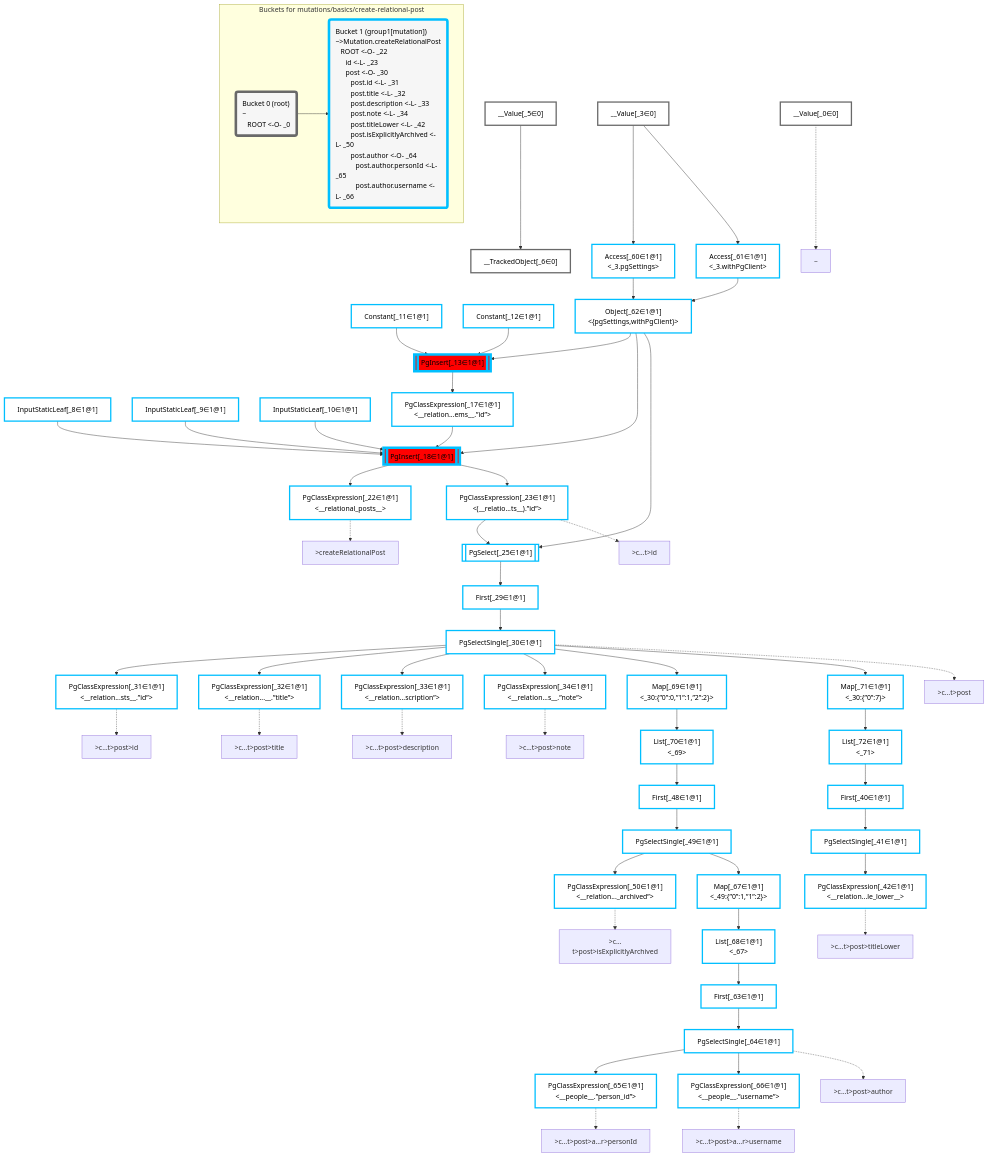
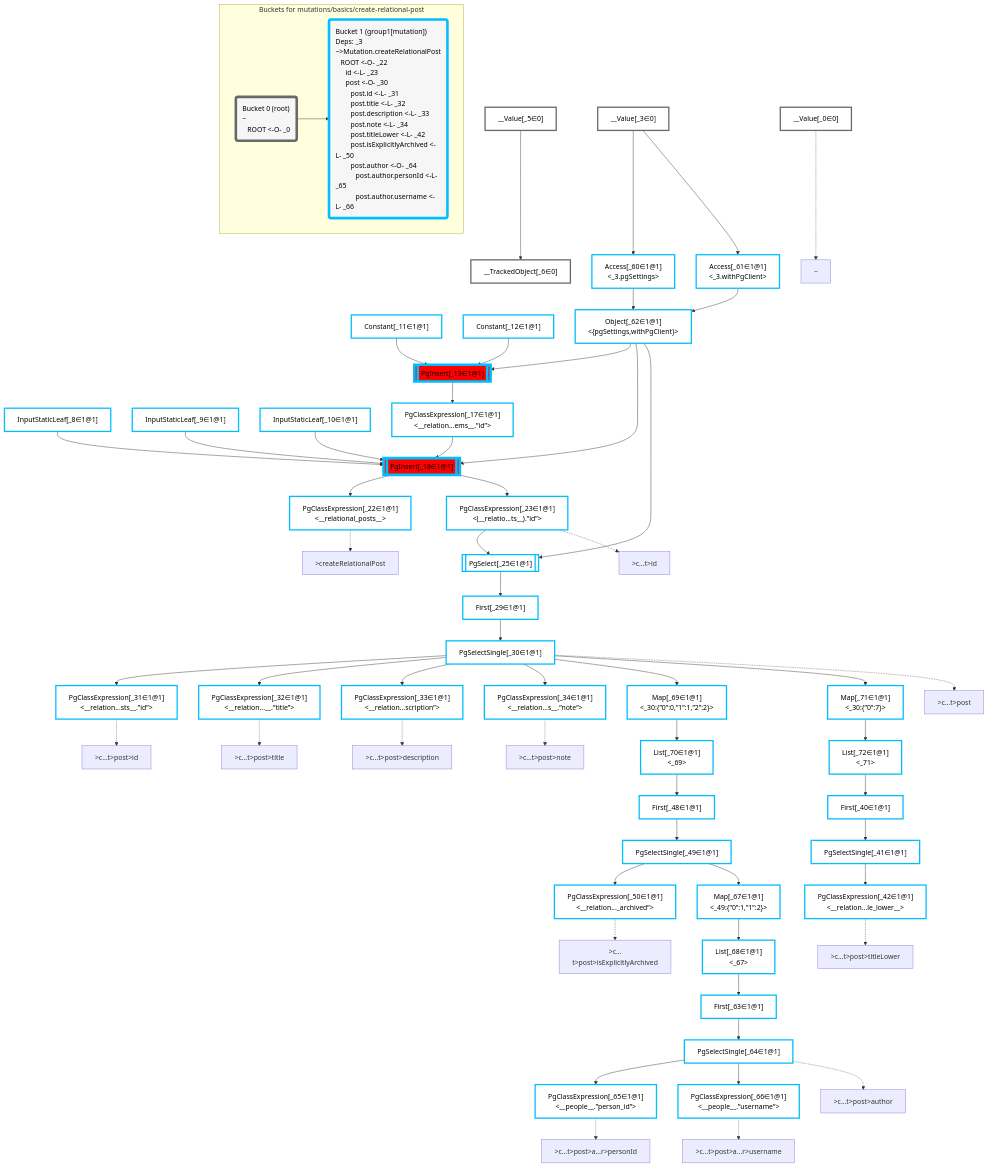
Before and after one commit to graphile/crystal: the diagram in packages/dataplan-pg/__tests__/mutations/basics/create-relational-post.mermaid.md, drawn with Mermaid. The commit also changed 157 other files, not shown here.

```diff
--- a/packages/dataplan-pg/__tests__/mutations/basics/create-relational-post.mermaid.md
+++ b/packages/dataplan-pg/__tests__/mutations/basics/create-relational-post.mermaid.md
@@ -128,7 +128,7 @@
     subgraph "Buckets for mutations/basics/create-relational-post"
     Bucket0("Bucket 0 (root)<br />~<br />⠀ROOT <-O- _0"):::bucket
     style Bucket0 stroke:#696969
-    Bucket1("Bucket 1 (group1[mutation])<br />~>Mutation.createRelationalPost<br />⠀ROOT <-O- _22<br />⠀⠀id <-L- _23<br />⠀⠀post <-O- _30<br />⠀⠀⠀post.id <-L- _31<br />⠀⠀⠀post.title <-L- _32<br />⠀⠀⠀post.description <-L- _33<br />⠀⠀⠀post.note <-L- _34<br />⠀⠀⠀post.titleLower <-L- _42<br />⠀⠀⠀post.isExplicitlyArchived <-L- _50<br />⠀⠀⠀post.author <-O- _64<br />⠀⠀⠀⠀post.author.personId <-L- _65<br />⠀⠀⠀⠀post.author.username <-L- _66"):::bucket
+    Bucket1("Bucket 1 (group1[mutation])<br />Deps: _3<br />~>Mutation.createRelationalPost<br />⠀ROOT <-O- _22<br />⠀⠀id <-L- _23<br />⠀⠀post <-O- _30<br />⠀⠀⠀post.id <-L- _31<br />⠀⠀⠀post.title <-L- _32<br />⠀⠀⠀post.description <-L- _33<br />⠀⠀⠀post.note <-L- _34<br />⠀⠀⠀post.titleLower <-L- _42<br />⠀⠀⠀post.isExplicitlyArchived <-L- _50<br />⠀⠀⠀post.author <-O- _64<br />⠀⠀⠀⠀post.author.personId <-L- _65<br />⠀⠀⠀⠀post.author.username <-L- _66"):::bucket
     style Bucket1 stroke:#00bfff
     Bucket0 --> Bucket1
     end
```
